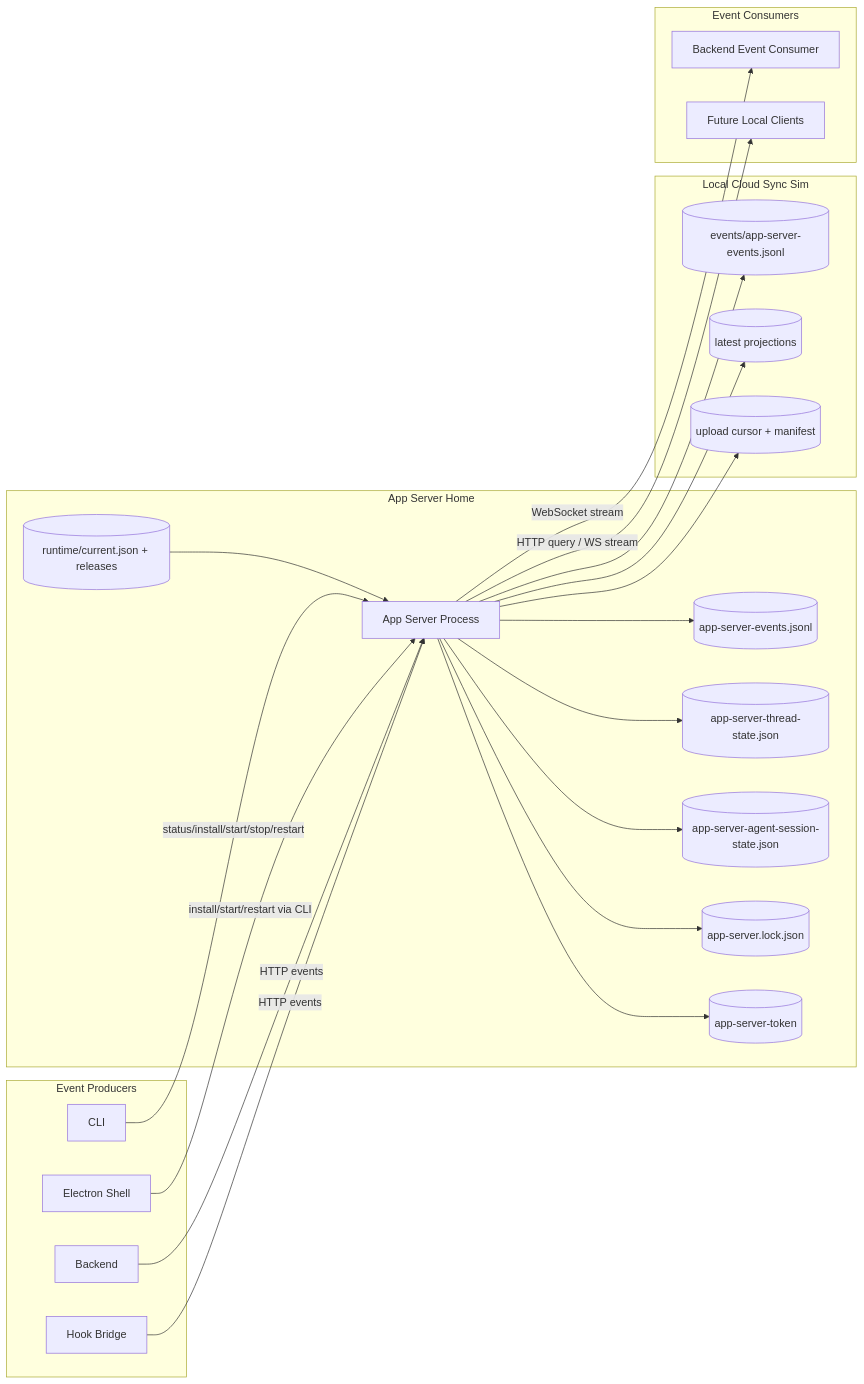
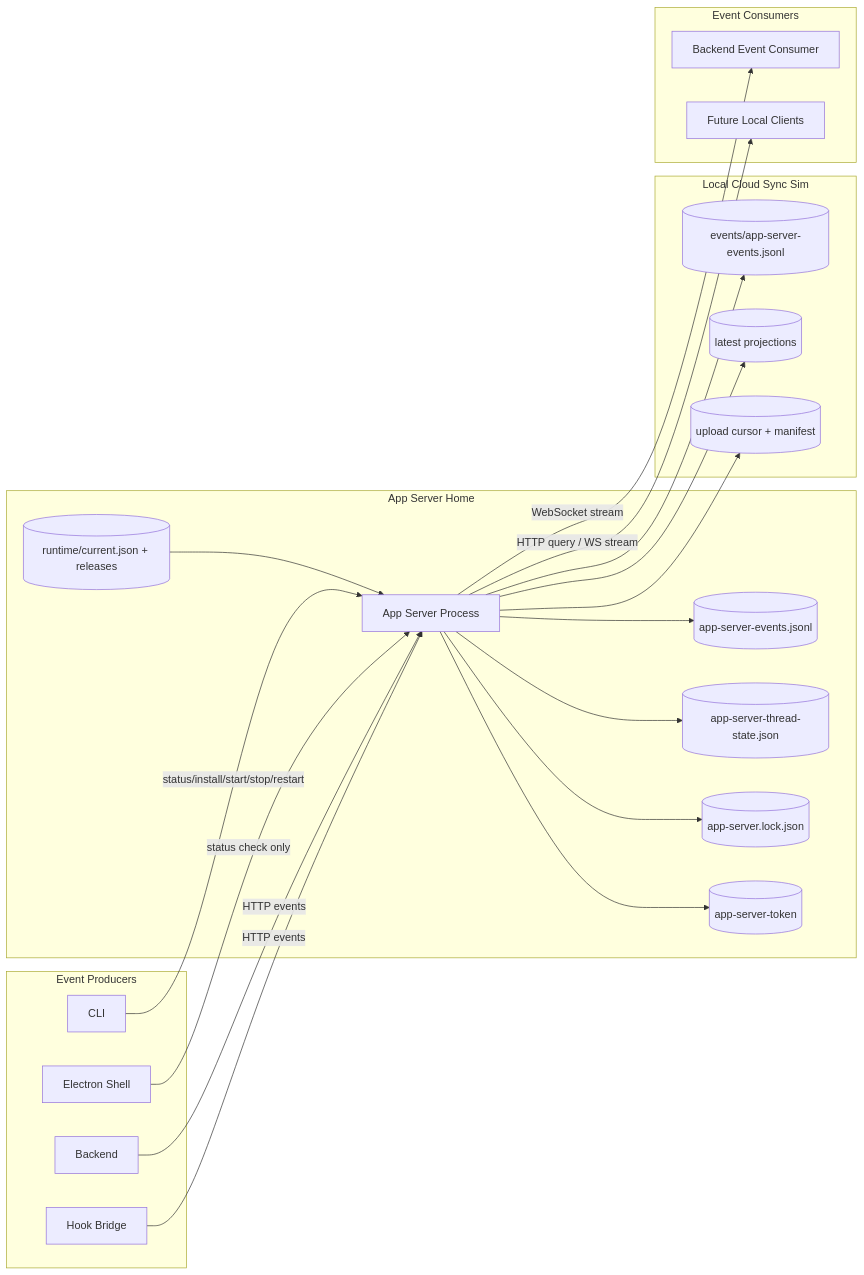
The first of 8 diagrams in docs/architecture/app-server-architecture.md (jackshen3102/run-weave), drawn with Mermaid before and after one commit. The commit also changed other lines of this file and 19 other files, not shown here.

Commit message:
refactor: simplify app server lifecycle and state

````diff
--- a/docs/architecture/app-server-architecture.md
+++ b/docs/architecture/app-server-architecture.md
@@ -36,48 +36,46 @@
 ```mermaid
 flowchart LR
   subgraph Producers[Event Producers]
     Hook[Hook Bridge]
     BackendProducer[Backend]
     Electron[Electron Shell]
     Cli[CLI]
   end
 
   subgraph AppServerHome[App Server Home]
     AppServer[App Server Process]
     EventLog[(app-server-events.jsonl)]
     ThreadState[(app-server-thread-state.json)]
-    AgentSessionState[(app-server-agent-session-state.json)]
     Lock[(app-server.lock.json)]
     Token[(app-server-token)]
     Runtime[(runtime/current.json + releases)]
   end
 
   subgraph LocalSync[Local Cloud Sync Sim]
     SyncEvents[(events/app-server-events.jsonl)]
     SyncLatest[(latest projections)]
     SyncCursor[(upload cursor + manifest)]
   end
 
   subgraph Consumers[Event Consumers]
     BackendConsumer[Backend Event Consumer]
     FutureClients[Future Local Clients]
   end
 
   Hook -->|HTTP events| AppServer
   BackendProducer -->|HTTP events| AppServer
-  Electron -->|install/start/restart via CLI| AppServer
+  Electron -->|status check only| AppServer
   Cli -->|status/install/start/stop/restart| AppServer
 
   AppServer --> EventLog
   AppServer --> ThreadState
-  AppServer --> AgentSessionState
   AppServer --> Lock
   AppServer --> Token
   AppServer --> SyncEvents
   AppServer --> SyncLatest
   AppServer --> SyncCursor
   Runtime --> AppServer
 
   AppServer -->|WebSocket stream| BackendConsumer
   AppServer -->|HTTP query / WS stream| FutureClients
 ```
````
